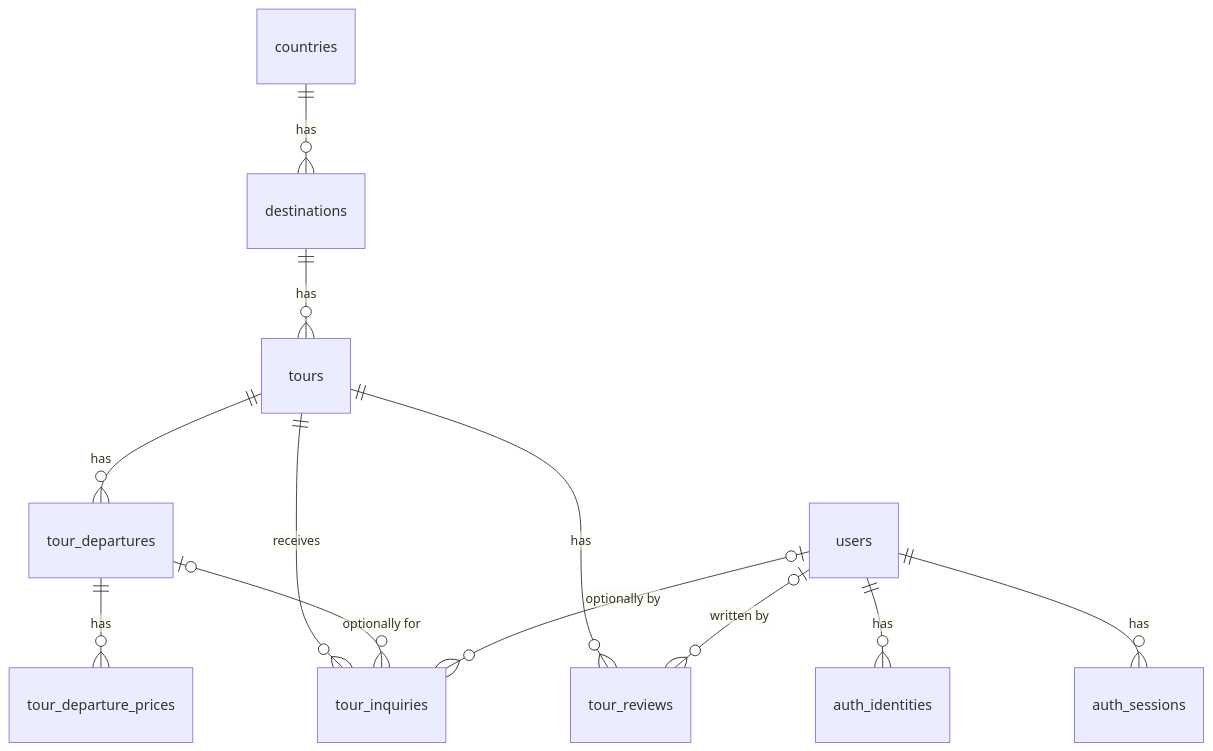
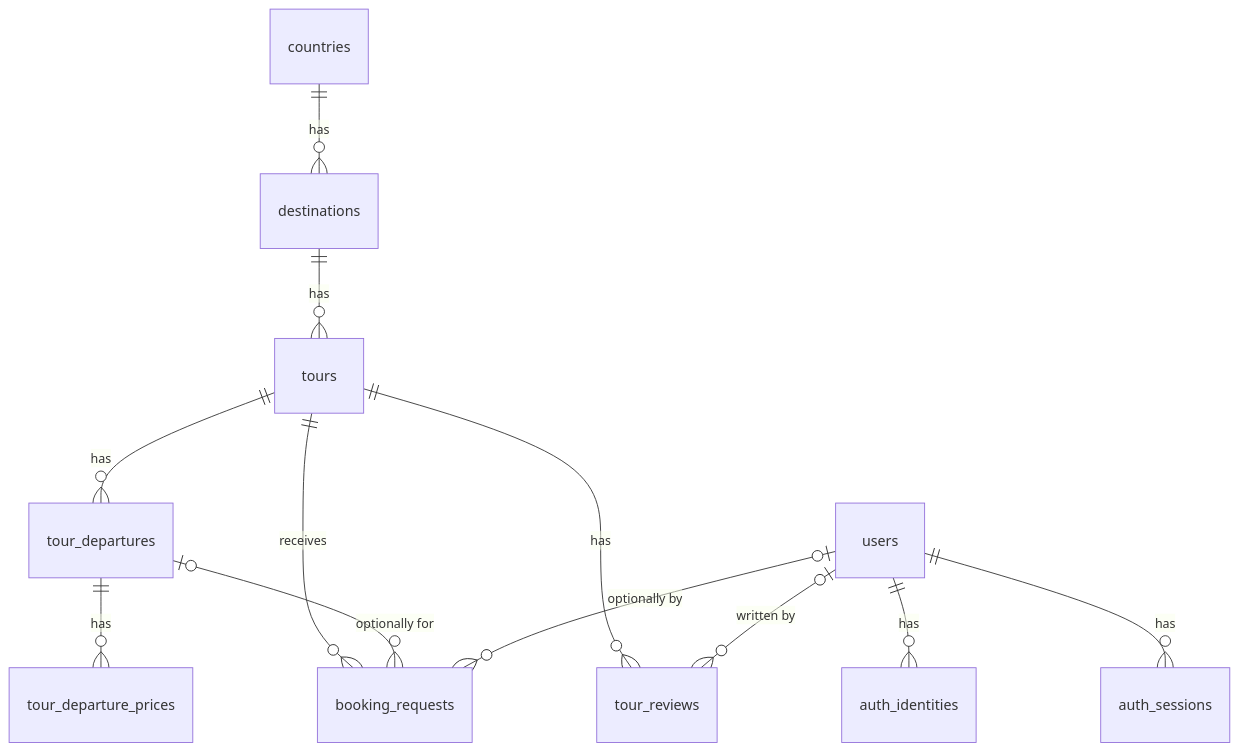
Before and after one commit to codevibesme/ghumbo-backend: the diagram in docs/entities.md, drawn with Mermaid. The commit also changed other lines of this file and 8 other files, not shown here.

Commit message:
rename: tour_inquiries -> booking_requests

````diff
--- a/docs/entities.md
+++ b/docs/entities.md
@@ -7,14 +7,14 @@
 ```mermaid
 erDiagram
     countries ||--o{ destinations : "has"
     destinations ||--o{ tours : "has"
     tours ||--o{ tour_departures : "has"
     tour_departures ||--o{ tour_departure_prices : "has"
-    tours ||--o{ tour_inquiries : "receives"
-    tour_departures |o--o{ tour_inquiries : "optionally for"
-    users |o--o{ tour_inquiries : "optionally by"
+    tours ||--o{ booking_requests : "receives"
+    tour_departures |o--o{ booking_requests : "optionally for"
+    users |o--o{ booking_requests : "optionally by"
     tours ||--o{ tour_reviews : "has"
     users |o--o{ tour_reviews : "written by"
     users ||--o{ auth_identities : "has"
     users ||--o{ auth_sessions : "has"
 ```
````
